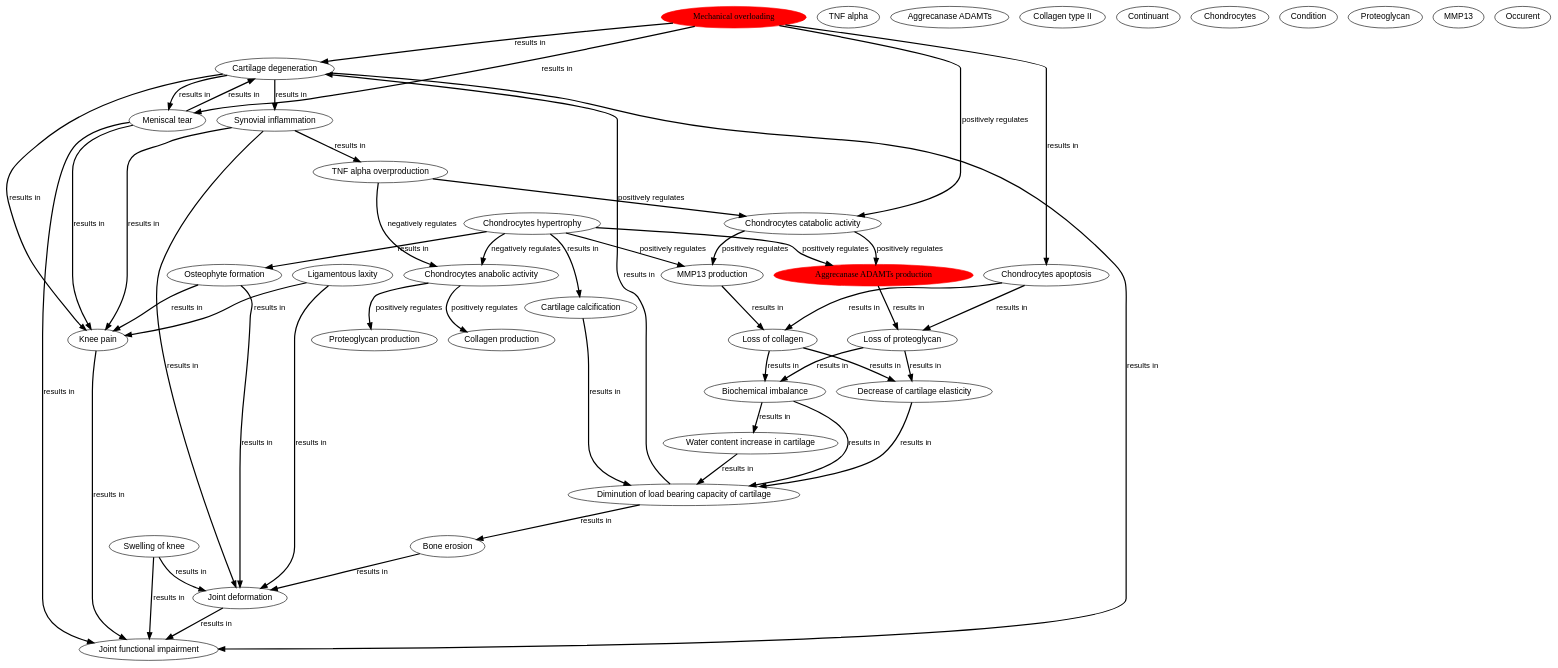
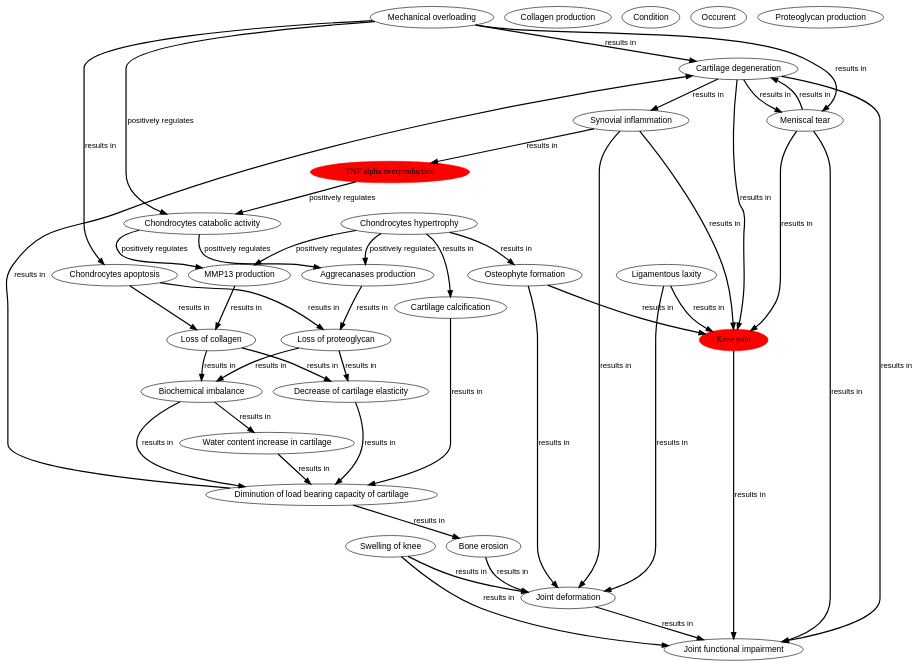
The diagram in shared/dot/big.dot (plumdeq/hypothtest), drawn with Graphviz before and after one commit. The commit also changed 6 other files, not shown here.

```diff
--- a/shared/dot/big.dot
+++ b/shared/dot/big.dot
@@ -1,64 +1,56 @@
 digraph g {
 "http://plumdeq.xyz/ontologies/hypothesis/Joint_functional_impairment" [label="Joint functional impairment",shape="ellipse",fontsize=14.0,fontname="Arial"] ;
-"http://plumdeq.xyz/ontologies/hypothesis/Mechanical_overloading" [label="Mechanical overloading",shape="ellipse",style="filled",color="red"] ;
-"http://plumdeq.xyz/ontologies/hypothesis/Bone_erosion" [label="Bone erosion",shape="ellipse",fontsize=14.0,fontname="Arial"] ;
-"http://plumdeq.xyz/ontologies/hypothesis/TNF_alpha" [label="TNF alpha",shape="ellipse",fontsize=14.0,fontname="Arial"] ;
+"http://plumdeq.xyz/ontologies/hypothesis/Mechanical_overloading" [label="Mechanical overloading",shape="ellipse",fontsize=14.0,fontname="Arial"] ;
+"http://plumdeq.xyz/ontologies/hypothesis/Biochemical_imbalance" [label="Biochemical imbalance",shape="ellipse",fontsize=14.0,fontname="Arial"] ;
 "http://plumdeq.xyz/ontologies/hypothesis/Cartilage_degeneration" [label="Cartilage degeneration",shape="ellipse",fontsize=14.0,fontname="Arial"] ;
-"http://plumdeq.xyz/ontologies/hypothesis/Aggrecanase_ADAMTs" [label="Aggrecanase ADAMTs",shape="ellipse",fontsize=14.0,fontname="Arial"] ;
+"http://plumdeq.xyz/ontologies/hypothesis/Osteophyte_formation" [label="Osteophyte formation",shape="ellipse",fontsize=14.0,fontname="Arial"] ;
 "http://plumdeq.xyz/ontologies/hypothesis/Diminution_of_load_bearing_capacity_of_cartilage" [label="Diminution of load bearing capacity of cartilage",shape="ellipse",fontsize=14.0,fontname="Arial"] ;
-"http://plumdeq.xyz/ontologies/hypothesis/Osteophyte_formation" [label="Osteophyte formation",shape="ellipse",fontsize=14.0,fontname="Arial"] ;
 "http://plumdeq.xyz/ontologies/hypothesis/Loss_of_proteoglycan" [label="Loss of proteoglycan",shape="ellipse",fontsize=14.0,fontname="Arial"] ;
-"http://plumdeq.xyz/ontologies/hypothesis/TNF_alpha_overproduction" [label="TNF alpha overproduction",shape="ellipse",fontsize=14.0,fontname="Arial"] ;
+"http://plumdeq.xyz/ontologies/hypothesis/TNF_alpha_overproduction" [label="TNF alpha overproduction",shape="ellipse",style="filled",color="red"] ;
 "http://plumdeq.xyz/ontologies/hypothesis/Cartilage_calcification" [label="Cartilage calcification",shape="ellipse",fontsize=14.0,fontname="Arial"] ;
-"http://plumdeq.xyz/ontologies/hypothesis/Collagen_type_II" [label="Collagen type II",shape="ellipse",fontsize=14.0,fontname="Arial"] ;
 "http://plumdeq.xyz/ontologies/hypothesis/Collagen_production" [label="Collagen production",shape="ellipse",fontsize=14.0,fontname="Arial"] ;
-"http://plumdeq.xyz/ontologies/hypothesis/Continuant" [label="Continuant",shape="ellipse",fontsize=14.0,fontname="Arial"] ;
 "http://plumdeq.xyz/ontologies/hypothesis/Meniscal_tear" [label="Meniscal tear",shape="ellipse",fontsize=14.0,fontname="Arial"] ;
 "http://plumdeq.xyz/ontologies/hypothesis/Swelling_of_knee" [label="Swelling of knee",shape="ellipse",fontsize=14.0,fontname="Arial"] ;
-"http://plumdeq.xyz/ontologies/hypothesis/Chondrocytes" [label="Chondrocytes",shape="ellipse",fontsize=14.0,fontname="Arial"] ;
 "http://plumdeq.xyz/ontologies/hypothesis/Chondrocytes_catabolic_activity" [label="Chondrocytes catabolic activity",shape="ellipse",fontsize=14.0,fontname="Arial"] ;
 "http://plumdeq.xyz/ontologies/hypothesis/Water_content_increase_in_cartilage" [label="Water content increase in cartilage",shape="ellipse",fontsize=14.0,fontname="Arial"] ;
 "http://plumdeq.xyz/ontologies/hypothesis/Condition" [label="Condition",shape="ellipse",fontsize=14.0,fontname="Arial"] ;
-"http://plumdeq.xyz/ontologies/hypothesis/Proteoglycan" [label="Proteoglycan",shape="ellipse",fontsize=14.0,fontname="Arial"] ;
 "http://plumdeq.xyz/ontologies/hypothesis/Synovial_inflammation" [label="Synovial inflammation",shape="ellipse",fontsize=14.0,fontname="Arial"] ;
-"http://plumdeq.xyz/ontologies/hypothesis/MMP13" [label="MMP13",shape="ellipse",fontsize=14.0,fontname="Arial"] ;
 "http://plumdeq.xyz/ontologies/hypothesis/Joint_deformation" [label="Joint deformation",shape="ellipse",fontsize=14.0,fontname="Arial"] ;
 "http://plumdeq.xyz/ontologies/hypothesis/Loss_of_collagen" [label="Loss of collagen",shape="ellipse",fontsize=14.0,fontname="Arial"] ;
 "http://plumdeq.xyz/ontologies/hypothesis/Occurent" [label="Occurent",shape="ellipse",fontsize=14.0,fontname="Arial"] ;
 "http://plumdeq.xyz/ontologies/hypothesis/Chondrocytes_hypertrophy" [label="Chondrocytes hypertrophy",shape="ellipse",fontsize=14.0,fontname="Arial"] ;
-"http://plumdeq.xyz/ontologies/hypothesis/Aggrecanase_ADAMTs_production" [label="Aggrecanase ADAMTs production",shape="ellipse",style="filled",color="red"] ;
 "http://plumdeq.xyz/ontologies/hypothesis/Ligamentous_laxity" [label="Ligamentous laxity",shape="ellipse",fontsize=14.0,fontname="Arial"] ;
 "http://plumdeq.xyz/ontologies/hypothesis/MMP13_production" [label="MMP13 production",shape="ellipse",fontsize=14.0,fontname="Arial"] ;
-"http://plumdeq.xyz/ontologies/hypothesis/Biochemical_imbalance" [label="Biochemical imbalance",shape="ellipse",fontsize=14.0,fontname="Arial"] ;
+"http://plumdeq.xyz/ontologies/hypothesis/Aggrecanases_production" [label="Aggrecanases production",shape="ellipse",fontsize=14.0,fontname="Arial"] ;
+"http://plumdeq.xyz/ontologies/hypothesis/Bone_erosion" [label="Bone erosion",shape="ellipse",fontsize=14.0,fontname="Arial"] ;
 "http://plumdeq.xyz/ontologies/hypothesis/Decrease_of_cartilage_elasticity" [label="Decrease of cartilage elasticity",shape="ellipse",fontsize=14.0,fontname="Arial"] ;
-"http://plumdeq.xyz/ontologies/hypothesis/Chondrocytes_anabolic_activity" [label="Chondrocytes anabolic activity",shape="ellipse",fontsize=14.0,fontname="Arial"] ;
 "http://plumdeq.xyz/ontologies/hypothesis/Proteoglycan_production" [label="Proteoglycan production",shape="ellipse",fontsize=14.0,fontname="Arial"] ;
-"http://plumdeq.xyz/ontologies/hypothesis/Knee_pain" [label="Knee pain",shape="ellipse",fontsize=14.0,fontname="Arial"] ;
+"http://plumdeq.xyz/ontologies/hypothesis/Knee_pain" [label="Knee pain",shape="ellipse",style="filled",color="red"] ;
 "http://plumdeq.xyz/ontologies/hypothesis/Chondrocytes_apoptosis" [label="Chondrocytes apoptosis",shape="ellipse",fontsize=14.0,fontname="Arial"] ;
 "http://plumdeq.xyz/ontologies/hypothesis/Mechanical_overloading" -> "http://plumdeq.xyz/ontologies/hypothesis/Cartilage_degeneration" [label="results in",style="bold",fontsize=13.0,fontname="Arial"] ;
 "http://plumdeq.xyz/ontologies/hypothesis/Mechanical_overloading" -> "http://plumdeq.xyz/ontologies/hypothesis/Chondrocytes_apoptosis" [label="results in",style="bold",fontsize=13.0,fontname="Arial"] ;
 "http://plumdeq.xyz/ontologies/hypothesis/Mechanical_overloading" -> "http://plumdeq.xyz/ontologies/hypothesis/Meniscal_tear" [label="results in",style="bold",fontsize=13.0,fontname="Arial"] ;
 "http://plumdeq.xyz/ontologies/hypothesis/Mechanical_overloading" -> "http://plumdeq.xyz/ontologies/hypothesis/Chondrocytes_catabolic_activity" [label="positively regulates",style="bold",fontsize=13.0,fontname="Arial"] ;
-"http://plumdeq.xyz/ontologies/hypothesis/Bone_erosion" -> "http://plumdeq.xyz/ontologies/hypothesis/Joint_deformation" [label="results in",style="bold",fontsize=13.0,fontname="Arial"] ;
+"http://plumdeq.xyz/ontologies/hypothesis/Biochemical_imbalance" -> "http://plumdeq.xyz/ontologies/hypothesis/Water_content_increase_in_cartilage" [label="results in",style="bold",fontsize=13.0,fontname="Arial"] ;
+"http://plumdeq.xyz/ontologies/hypothesis/Biochemical_imbalance" -> "http://plumdeq.xyz/ontologies/hypothesis/Diminution_of_load_bearing_capacity_of_cartilage" [label="results in",style="bold",fontsize=13.0,fontname="Arial"] ;
 "http://plumdeq.xyz/ontologies/hypothesis/Cartilage_degeneration" -> "http://plumdeq.xyz/ontologies/hypothesis/Joint_functional_impairment" [label="results in",style="bold",fontsize=13.0,fontname="Arial"] ;
 "http://plumdeq.xyz/ontologies/hypothesis/Cartilage_degeneration" -> "http://plumdeq.xyz/ontologies/hypothesis/Synovial_inflammation" [label="results in",style="bold",fontsize=13.0,fontname="Arial"] ;
 "http://plumdeq.xyz/ontologies/hypothesis/Cartilage_degeneration" -> "http://plumdeq.xyz/ontologies/hypothesis/Knee_pain" [label="results in",style="bold",fontsize=13.0,fontname="Arial"] ;
 "http://plumdeq.xyz/ontologies/hypothesis/Cartilage_degeneration" -> "http://plumdeq.xyz/ontologies/hypothesis/Meniscal_tear" [label="results in",style="bold",fontsize=13.0,fontname="Arial"] ;
+"http://plumdeq.xyz/ontologies/hypothesis/Osteophyte_formation" -> "http://plumdeq.xyz/ontologies/hypothesis/Joint_deformation" [label="results in",style="bold",fontsize=13.0,fontname="Arial"] ;
+"http://plumdeq.xyz/ontologies/hypothesis/Osteophyte_formation" -> "http://plumdeq.xyz/ontologies/hypothesis/Knee_pain" [label="results in",style="bold",fontsize=13.0,fontname="Arial"] ;
 "http://plumdeq.xyz/ontologies/hypothesis/Diminution_of_load_bearing_capacity_of_cartilage" -> "http://plumdeq.xyz/ontologies/hypothesis/Cartilage_degeneration" [label="results in",style="bold",fontsize=13.0,fontname="Arial"] ;
 "http://plumdeq.xyz/ontologies/hypothesis/Diminution_of_load_bearing_capacity_of_cartilage" -> "http://plumdeq.xyz/ontologies/hypothesis/Bone_erosion" [label="results in",style="bold",fontsize=13.0,fontname="Arial"] ;
-"http://plumdeq.xyz/ontologies/hypothesis/Osteophyte_formation" -> "http://plumdeq.xyz/ontologies/hypothesis/Joint_deformation" [label="results in",style="bold",fontsize=13.0,fontname="Arial"] ;
-"http://plumdeq.xyz/ontologies/hypothesis/Osteophyte_formation" -> "http://plumdeq.xyz/ontologies/hypothesis/Knee_pain" [label="results in",style="bold",fontsize=13.0,fontname="Arial"] ;
 "http://plumdeq.xyz/ontologies/hypothesis/Loss_of_proteoglycan" -> "http://plumdeq.xyz/ontologies/hypothesis/Biochemical_imbalance" [label="results in",style="bold",fontsize=13.0,fontname="Arial"] ;
 "http://plumdeq.xyz/ontologies/hypothesis/Loss_of_proteoglycan" -> "http://plumdeq.xyz/ontologies/hypothesis/Decrease_of_cartilage_elasticity" [label="results in",style="bold",fontsize=13.0,fontname="Arial"] ;
-"http://plumdeq.xyz/ontologies/hypothesis/TNF_alpha_overproduction" -> "http://plumdeq.xyz/ontologies/hypothesis/Chondrocytes_anabolic_activity" [label="negatively regulates",style="bold",fontsize=13.0,fontname="Arial"] ;
 "http://plumdeq.xyz/ontologies/hypothesis/TNF_alpha_overproduction" -> "http://plumdeq.xyz/ontologies/hypothesis/Chondrocytes_catabolic_activity" [label="positively regulates",style="bold",fontsize=13.0,fontname="Arial"] ;
 "http://plumdeq.xyz/ontologies/hypothesis/Cartilage_calcification" -> "http://plumdeq.xyz/ontologies/hypothesis/Diminution_of_load_bearing_capacity_of_cartilage" [label="results in",style="bold",fontsize=13.0,fontname="Arial"] ;
 "http://plumdeq.xyz/ontologies/hypothesis/Meniscal_tear" -> "http://plumdeq.xyz/ontologies/hypothesis/Cartilage_degeneration" [label="results in",style="bold",fontsize=13.0,fontname="Arial"] ;
 "http://plumdeq.xyz/ontologies/hypothesis/Meniscal_tear" -> "http://plumdeq.xyz/ontologies/hypothesis/Joint_functional_impairment" [label="results in",style="bold",fontsize=13.0,fontname="Arial"] ;
 "http://plumdeq.xyz/ontologies/hypothesis/Meniscal_tear" -> "http://plumdeq.xyz/ontologies/hypothesis/Knee_pain" [label="results in",style="bold",fontsize=13.0,fontname="Arial"] ;
+"http://plumdeq.xyz/ontologies/hypothesis/Swelling_of_knee" -> "http://plumdeq.xyz/ontologies/hypothesis/Joint_deformation" [label="results in",style="bold",fontsize=13.0,fontname="Arial"] ;
 "http://plumdeq.xyz/ontologies/hypothesis/Swelling_of_knee" -> "http://plumdeq.xyz/ontologies/hypothesis/Joint_functional_impairment" [label="results in",style="bold",fontsize=13.0,fontname="Arial"] ;
-"http://plumdeq.xyz/ontologies/hypothesis/Swelling_of_knee" -> "http://plumdeq.xyz/ontologies/hypothesis/Joint_deformation" [label="results in",style="bold",fontsize=13.0,fontname="Arial"] ;
-"http://plumdeq.xyz/ontologies/hypothesis/Chondrocytes_catabolic_activity" -> "http://plumdeq.xyz/ontologies/hypothesis/Aggrecanase_ADAMTs_production" [label="positively regulates",style="bold",fontsize=13.0,fontname="Arial"] ;
+"http://plumdeq.xyz/ontologies/hypothesis/Chondrocytes_catabolic_activity" -> "http://plumdeq.xyz/ontologies/hypothesis/Aggrecanases_production" [label="positively regulates",style="bold",fontsize=13.0,fontname="Arial"] ;
 "http://plumdeq.xyz/ontologies/hypothesis/Chondrocytes_catabolic_activity" -> "http://plumdeq.xyz/ontologies/hypothesis/MMP13_production" [label="positively regulates",style="bold",fontsize=13.0,fontname="Arial"] ;
 "http://plumdeq.xyz/ontologies/hypothesis/Water_content_increase_in_cartilage" -> "http://plumdeq.xyz/ontologies/hypothesis/Diminution_of_load_bearing_capacity_of_cartilage" [label="results in",style="bold",fontsize=13.0,fontname="Arial"] ;
 "http://plumdeq.xyz/ontologies/hypothesis/Synovial_inflammation" -> "http://plumdeq.xyz/ontologies/hypothesis/Joint_deformation" [label="results in",style="bold",fontsize=13.0,fontname="Arial"] ;
@@ -68,19 +60,15 @@
 "http://plumdeq.xyz/ontologies/hypothesis/Loss_of_collagen" -> "http://plumdeq.xyz/ontologies/hypothesis/Biochemical_imbalance" [label="results in",style="bold",fontsize=13.0,fontname="Arial"] ;
 "http://plumdeq.xyz/ontologies/hypothesis/Loss_of_collagen" -> "http://plumdeq.xyz/ontologies/hypothesis/Decrease_of_cartilage_elasticity" [label="results in",style="bold",fontsize=13.0,fontname="Arial"] ;
 "http://plumdeq.xyz/ontologies/hypothesis/Chondrocytes_hypertrophy" -> "http://plumdeq.xyz/ontologies/hypothesis/Osteophyte_formation" [label="results in",style="bold",fontsize=13.0,fontname="Arial"] ;
-"http://plumdeq.xyz/ontologies/hypothesis/Chondrocytes_hypertrophy" -> "http://plumdeq.xyz/ontologies/hypothesis/Aggrecanase_ADAMTs_production" [label="positively regulates",style="bold",fontsize=13.0,fontname="Arial"] ;
+"http://plumdeq.xyz/ontologies/hypothesis/Chondrocytes_hypertrophy" -> "http://plumdeq.xyz/ontologies/hypothesis/Aggrecanases_production" [label="positively regulates",style="bold",fontsize=13.0,fontname="Arial"] ;
 "http://plumdeq.xyz/ontologies/hypothesis/Chondrocytes_hypertrophy" -> "http://plumdeq.xyz/ontologies/hypothesis/MMP13_production" [label="positively regulates",style="bold",fontsize=13.0,fontname="Arial"] ;
-"http://plumdeq.xyz/ontologies/hypothesis/Chondrocytes_hypertrophy" -> "http://plumdeq.xyz/ontologies/hypothesis/Chondrocytes_anabolic_activity" [label="negatively regulates",style="bold",fontsize=13.0,fontname="Arial"] ;
 "http://plumdeq.xyz/ontologies/hypothesis/Chondrocytes_hypertrophy" -> "http://plumdeq.xyz/ontologies/hypothesis/Cartilage_calcification" [label="results in",style="bold",fontsize=13.0,fontname="Arial"] ;
-"http://plumdeq.xyz/ontologies/hypothesis/Aggrecanase_ADAMTs_production" -> "http://plumdeq.xyz/ontologies/hypothesis/Loss_of_proteoglycan" [label="results in",style="bold",fontsize=13.0,fontname="Arial"] ;
 "http://plumdeq.xyz/ontologies/hypothesis/Ligamentous_laxity" -> "http://plumdeq.xyz/ontologies/hypothesis/Joint_deformation" [label="results in",style="bold",fontsize=13.0,fontname="Arial"] ;
 "http://plumdeq.xyz/ontologies/hypothesis/Ligamentous_laxity" -> "http://plumdeq.xyz/ontologies/hypothesis/Knee_pain" [label="results in",style="bold",fontsize=13.0,fontname="Arial"] ;
 "http://plumdeq.xyz/ontologies/hypothesis/MMP13_production" -> "http://plumdeq.xyz/ontologies/hypothesis/Loss_of_collagen" [label="results in",style="bold",fontsize=13.0,fontname="Arial"] ;
-"http://plumdeq.xyz/ontologies/hypothesis/Biochemical_imbalance" -> "http://plumdeq.xyz/ontologies/hypothesis/Water_content_increase_in_cartilage" [label="results in",style="bold",fontsize=13.0,fontname="Arial"] ;
-"http://plumdeq.xyz/ontologies/hypothesis/Biochemical_imbalance" -> "http://plumdeq.xyz/ontologies/hypothesis/Diminution_of_load_bearing_capacity_of_cartilage" [label="results in",style="bold",fontsize=13.0,fontname="Arial"] ;
+"http://plumdeq.xyz/ontologies/hypothesis/Aggrecanases_production" -> "http://plumdeq.xyz/ontologies/hypothesis/Loss_of_proteoglycan" [label="results in",style="bold",fontsize=13.0,fontname="Arial"] ;
+"http://plumdeq.xyz/ontologies/hypothesis/Bone_erosion" -> "http://plumdeq.xyz/ontologies/hypothesis/Joint_deformation" [label="results in",style="bold",fontsize=13.0,fontname="Arial"] ;
 "http://plumdeq.xyz/ontologies/hypothesis/Decrease_of_cartilage_elasticity" -> "http://plumdeq.xyz/ontologies/hypothesis/Diminution_of_load_bearing_capacity_of_cartilage" [label="results in",style="bold",fontsize=13.0,fontname="Arial"] ;
-"http://plumdeq.xyz/ontologies/hypothesis/Chondrocytes_anabolic_activity" -> "http://plumdeq.xyz/ontologies/hypothesis/Collagen_production" [label="positively regulates",style="bold",fontsize=13.0,fontname="Arial"] ;
-"http://plumdeq.xyz/ontologies/hypothesis/Chondrocytes_anabolic_activity" -> "http://plumdeq.xyz/ontologies/hypothesis/Proteoglycan_production" [label="positively regulates",style="bold",fontsize=13.0,fontname="Arial"] ;
 "http://plumdeq.xyz/ontologies/hypothesis/Knee_pain" -> "http://plumdeq.xyz/ontologies/hypothesis/Joint_functional_impairment" [label="results in",style="bold",fontsize=13.0,fontname="Arial"] ;
 "http://plumdeq.xyz/ontologies/hypothesis/Chondrocytes_apoptosis" -> "http://plumdeq.xyz/ontologies/hypothesis/Loss_of_proteoglycan" [label="results in",style="bold",fontsize=13.0,fontname="Arial"] ;
 "http://plumdeq.xyz/ontologies/hypothesis/Chondrocytes_apoptosis" -> "http://plumdeq.xyz/ontologies/hypothesis/Loss_of_collagen" [label="results in",style="bold",fontsize=13.0,fontname="Arial"] ;
```
